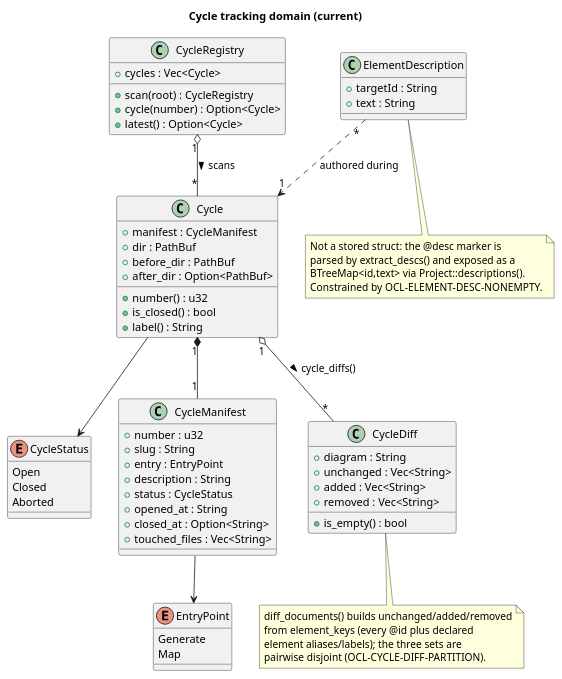
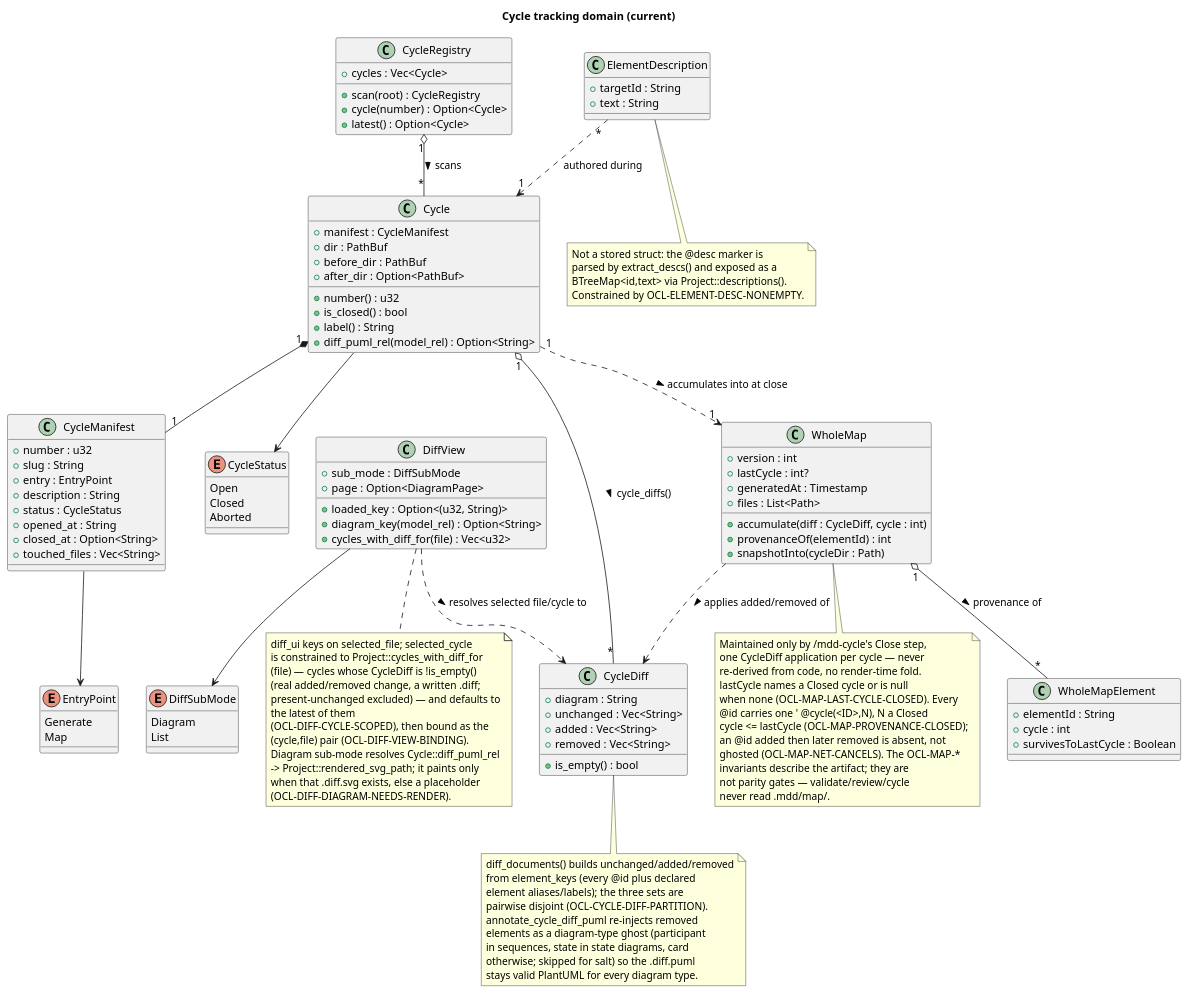
The diagram in .mdd/models/current/domain/cycle-tracking.puml (cthadeufaria/model-driven-development), drawn with PlantUML before and after one commit. The commit also changed 366 other files, not shown here.

First line of the commit message:
Checkpoint: uncommitted MDD cycles 0001-0005 and crate work

```diff
--- a/.mdd/models/current/domain/cycle-tracking.puml
+++ b/.mdd/models/current/domain/cycle-tracking.puml
@@ -1,89 +1,164 @@
 @startuml
 ' @id(DOM-CYCLE)
 ' @id(DOM-CYCLE-DIFF)
 ' @id(DOM-ELEMENT-DESCRIPTION)
 ' @id(DOM-CYCLE-REGISTRY)
+' @id(DOM-DIFF-VIEW)
+' @id(DOM-WHOLE-MAP)
 '
-' Current-side domain, derived from crates/mdd-core/src/cycle.rs and the
-' extract_descs / Project::descriptions read path. Closes the parity gap
-' with the objective domain model.
+' Current-side domain, derived from crates/mdd-core/src/cycle.rs, the
+' extract_descs / Project::descriptions read path, the viewer's
+' DiffView, and the as-built .mdd/map/ whole-map tree. Closes the
+' parity gap with the objective domain model.
 '
-' @desc(DOM-CYCLE, "Implemented as cycle::Cycle + CycleManifest (serde-read manifest.yml): number, slug, entry, description, status, timestamps, touched_files, snapshot dirs.")
+' @desc(DOM-CYCLE, "Implemented as cycle::Cycle + CycleManifest (serde-read manifest.yml); Cycle::diff_puml_rel maps a model path to its .mdd/cycles/<N>/<rel>.diff.puml.")
 ' @desc(DOM-CYCLE-DIFF, "Implemented as cycle::CycleDiff: per-diagram unchanged/added/removed element keys, disjoint by set construction.")
 ' @desc(DOM-ELEMENT-DESCRIPTION, "Implemented as the @desc(<ID>,\"text\") marker parsed by extract_descs into Project::descriptions().")
 ' @desc(DOM-CYCLE-REGISTRY, "Implemented as cycle::CycleRegistry::scan: reads .mdd/cycles/*/manifest.yml into an ordered Vec<Cycle>.")
+' @desc(DOM-DIFF-VIEW, "Implemented as mdd-viewer DiffView { sub_mode: DiffSubMode, loaded_key, page }: viewer Diff-mode state bound to selected cycle + rail file; Diagram paints the rendered svg, List the buckets.")
+' @desc(DOM-WHOLE-MAP, "Implemented as the prose-driven .mdd/map/ tree + manifest.yml: /mdd-cycle's Close step (templates::MDD_CYCLE_SKILL 'Whole-map baseline' section) folds each cycle's CycleDiff in — added @ids copied from after/ with a ' @cycle(<ID>,N) provenance line, removed dropped — and snapshots it to .mdd/cycles/<N>/whole/. No Rust struct; not read by the parity gate.")
 title Cycle tracking domain (current)
 
 enum EntryPoint {
   Generate
   Map
 }
 
 enum CycleStatus {
   Open
   Closed
   Aborted
+}
+
+enum DiffSubMode {
+  Diagram
+  List
 }
 
 class CycleManifest {
   + number : u32
   + slug : String
   + entry : EntryPoint
   + description : String
   + status : CycleStatus
   + opened_at : String
   + closed_at : Option<String>
   + touched_files : Vec<String>
 }
 
 class Cycle {
   + manifest : CycleManifest
   + dir : PathBuf
   + before_dir : PathBuf
   + after_dir : Option<PathBuf>
   + number() : u32
   + is_closed() : bool
   + label() : String
+  + diff_puml_rel(model_rel) : Option<String>
 }
 
 class CycleDiff {
   + diagram : String
   + unchanged : Vec<String>
   + added : Vec<String>
   + removed : Vec<String>
   + is_empty() : bool
 }
 
 class CycleRegistry {
   + cycles : Vec<Cycle>
   + scan(root) : CycleRegistry
   + cycle(number) : Option<Cycle>
   + latest() : Option<Cycle>
 }
 
 class ElementDescription {
   + targetId : String
   + text : String
 }
 
+class DiffView {
+  + sub_mode : DiffSubMode
+  + loaded_key : Option<(u32, String)>
+  + page : Option<DiagramPage>
+  + diagram_key(model_rel) : Option<String>
+  + cycles_with_diff_for(file) : Vec<u32>
+}
+
+class WholeMap {
+  + version : int
+  + lastCycle : int?
+  + generatedAt : Timestamp
+  + files : List<Path>
+  + accumulate(diff : CycleDiff, cycle : int)
+  + provenanceOf(elementId) : int
+  + snapshotInto(cycleDir : Path)
+}
+
+class WholeMapElement {
+  + elementId : String
+  + cycle : int
+  + survivesToLastCycle : Boolean
+}
+
 CycleRegistry "1" o-- "*" Cycle : scans >
 Cycle "1" *-- "1" CycleManifest
 Cycle "1" o-- "*" CycleDiff : cycle_diffs() >
 Cycle --> CycleStatus
 CycleManifest --> EntryPoint
 ElementDescription "*" ..> "1" Cycle : authored during
+DiffView --> DiffSubMode
+DiffView ..> CycleDiff : resolves selected file/cycle to >
+Cycle "1" ..> "1" WholeMap : accumulates into at close >
+WholeMap ..> CycleDiff : applies added/removed of >
+WholeMap "1" o-- "*" WholeMapElement : provenance of >
 
 note bottom of CycleDiff
   diff_documents() builds unchanged/added/removed
   from element_keys (every @id plus declared
   element aliases/labels); the three sets are
   pairwise disjoint (OCL-CYCLE-DIFF-PARTITION).
+  annotate_cycle_diff_puml re-injects removed
+  elements as a diagram-type ghost (participant
+  in sequences, state in state diagrams, card
+  otherwise; skipped for salt) so the .diff.puml
+  stays valid PlantUML for every diagram type.
 end note
 
 note bottom of ElementDescription
   Not a stored struct: the @desc marker is
   parsed by extract_descs() and exposed as a
   BTreeMap<id,text> via Project::descriptions().
   Constrained by OCL-ELEMENT-DESC-NONEMPTY.
 end note
+
+note bottom of DiffView
+  diff_ui keys on selected_file; selected_cycle
+  is constrained to Project::cycles_with_diff_for
+  (file) — cycles whose CycleDiff is !is_empty()
+  (real added/removed change, a written .diff;
+  present-unchanged excluded) — and defaults to
+  the latest of them
+  (OCL-DIFF-CYCLE-SCOPED), then bound as the
+  (cycle,file) pair (OCL-DIFF-VIEW-BINDING).
+  Diagram sub-mode resolves Cycle::diff_puml_rel
+  -> Project::rendered_svg_path; it paints only
+  when that .diff.svg exists, else a placeholder
+  (OCL-DIFF-DIAGRAM-NEEDS-RENDER).
+end note
+
+note bottom of WholeMap
+  Maintained only by /mdd-cycle's Close step,
+  one CycleDiff application per cycle — never
+  re-derived from code, no render-time fold.
+  lastCycle names a Closed cycle or is null
+  when none (OCL-MAP-LAST-CYCLE-CLOSED). Every
+  @id carries one ' @cycle(<ID>,N), N a Closed
+  cycle <= lastCycle (OCL-MAP-PROVENANCE-CLOSED);
+  an @id added then later removed is absent, not
+  ghosted (OCL-MAP-NET-CANCELS). The OCL-MAP-*
+  invariants describe the artifact; they are
+  not parity gates — validate/review/cycle
+  never read .mdd/map/.
+end note
 @enduml
```
